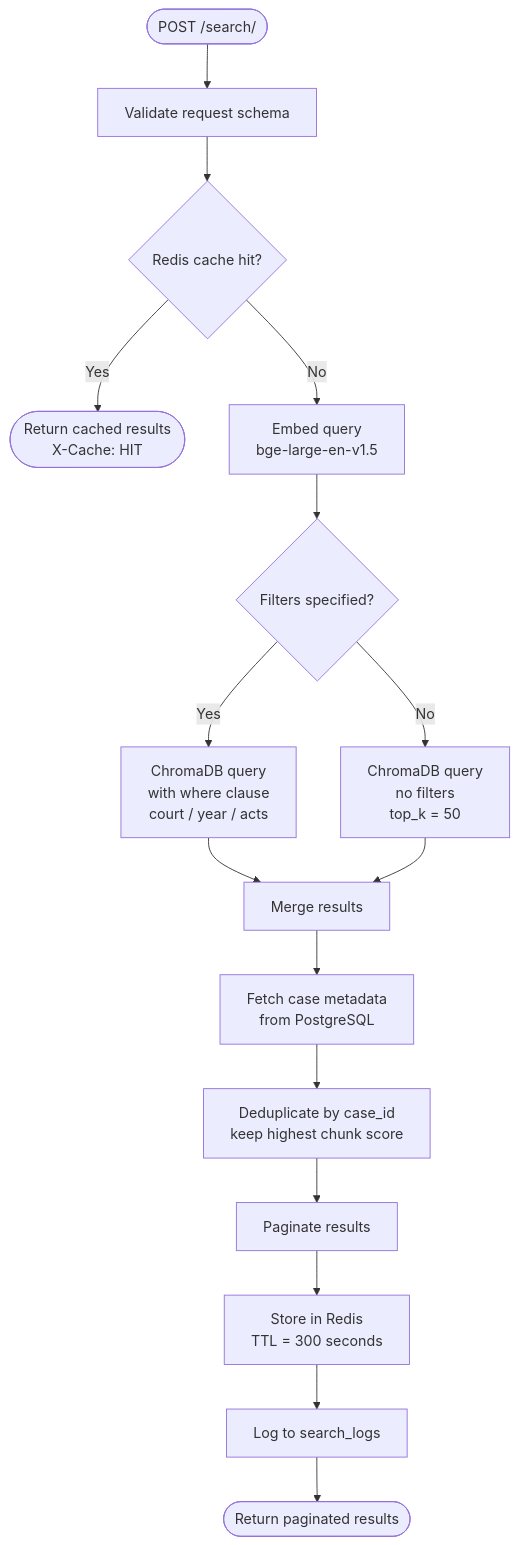
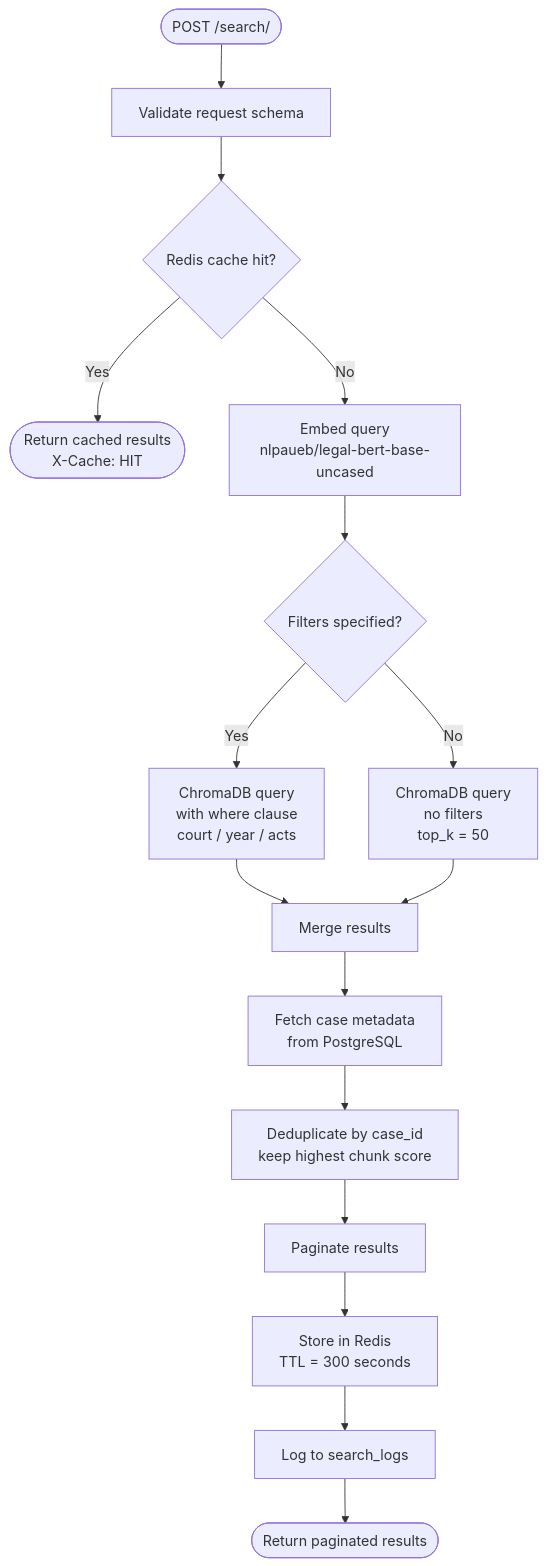
The fourth of 5 diagrams in docs/architecture/flowchart.md (pun33th45/chronolegal), drawn with Mermaid before and after one commit. The commit also changed other lines of this file and 23 other files, not shown here.

````diff
--- a/docs/architecture/flowchart.md
+++ b/docs/architecture/flowchart.md
@@ -102,21 +102,21 @@
 ```mermaid
 flowchart TD
     A([POST /search/]) --> B[Validate request schema]
     B --> C{Redis cache hit?}
     C -- Yes --> D([Return cached results\nX-Cache: HIT])
-    C -- No --> E[Embed query\nbge-large-en-v1.5]
+    C -- No --> E[Embed query\nnlpaueb/legal-bert-base-uncased]
 
     E --> F{Filters specified?}
     F -- Yes --> G[ChromaDB query\nwith where clause\ncourt / year / acts]
     F -- No --> H[ChromaDB query\nno filters\ntop_k = 50]
 
     G --> I[Merge results]
     H --> I
 
     I --> J[Fetch case metadata\nfrom PostgreSQL]
     J --> K[Deduplicate by case_id\nkeep highest chunk score]
     K --> L[Paginate results]
     L --> M[Store in Redis\nTTL = 300 seconds]
     M --> N[Log to search_logs]
     N --> O([Return paginated results])
 ```
````
